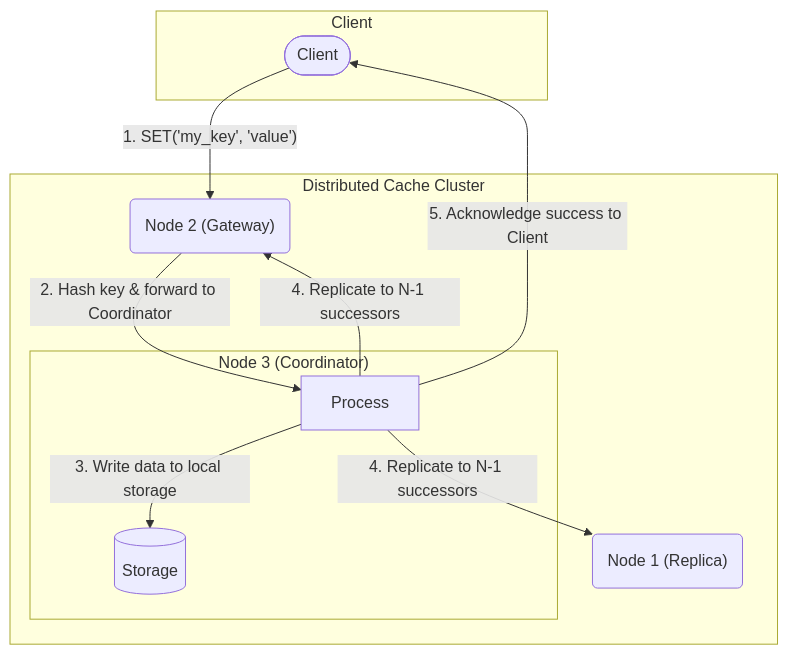
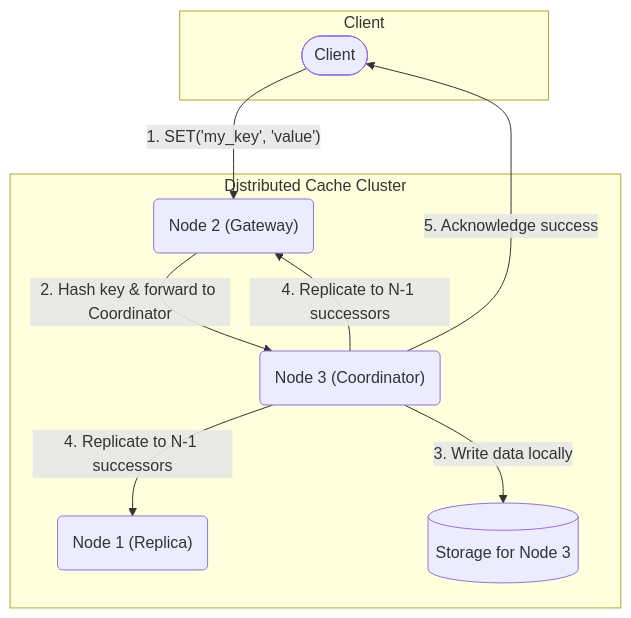
One commit to KaranSinghDev/A-Distributed-Cache-Sys changed the diagram in README.md. Above: the diagram before and after it, drawn with Mermaid.

````diff
--- a/README.md
+++ b/README.md
@@ -28,24 +28,20 @@
 ```mermaid
 graph TD
     subgraph "Client"
         C([Client])
     end
 
     subgraph "Distributed Cache Cluster"
+        N1("Node 1 (Replica)")
         N2("Node 2 (Gateway)")
-
-        subgraph "Node 3 (Coordinator)"
-            N3_Process["Process"]
-            N3_Storage[(Storage)]
-        end
-        
-        N1("Node 1 (Replica)")
+        N3("Node 3 (Coordinator)")
+        N3_Storage[(Storage for Node 3)]
     end
-
+    
     C -- "1. SET('my_key', 'value')" --> N2;
-    N2 -- "2. Hash key & forward to Coordinator" --> N3_Process;
-    N3_Process -- "3. Write data to local storage" --> N3_Storage;
-    N3_Process -- "4. Replicate to N-1 successors" --> N1;
-    N3_Process -- "4. Replicate to N-1 successors" --> N2;
-    N3_Process -- "5. Acknowledge success to Client" --> C;
+    N2 -- "2. Hash key & forward to Coordinator" --> N3;
+    N3 -- "3. Write data locally" --> N3_Storage;
+    N3 -- "4. Replicate to N-1 successors" --> N1;
+    N3 -- "4. Replicate to N-1 successors" --> N2;
+    N3 -- "5. Acknowledge success" --> C;
 ```
````
